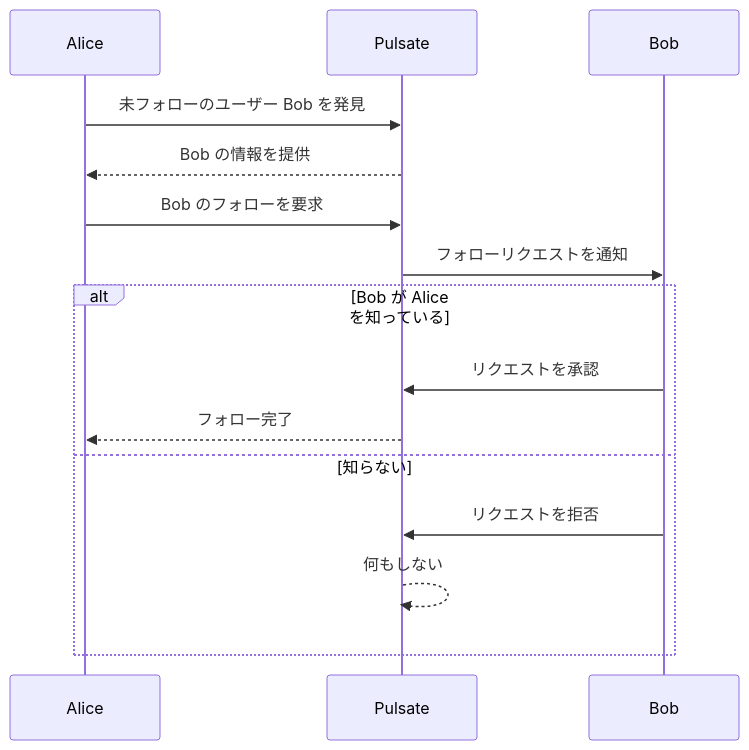
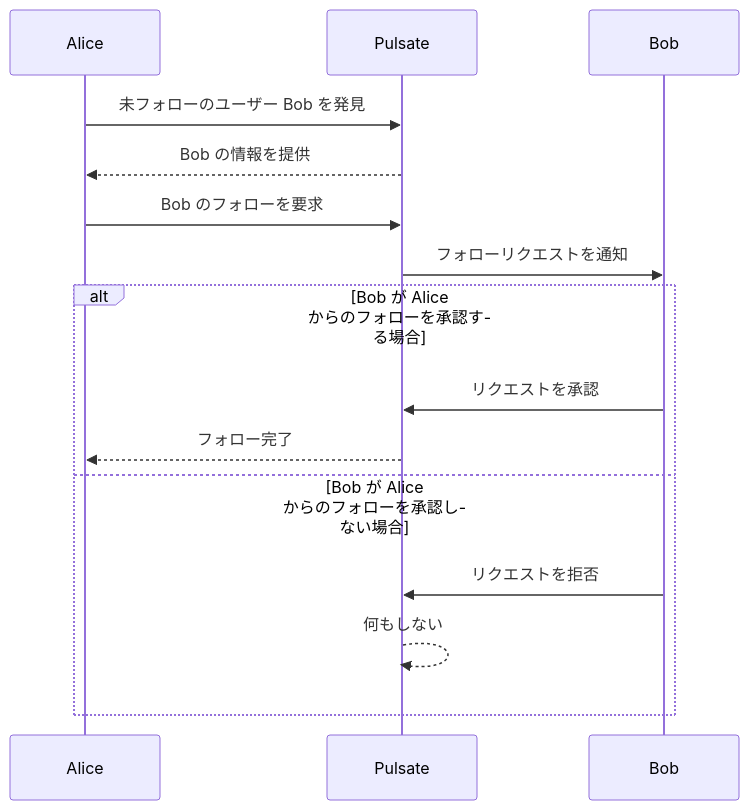
One commit to pulsate-dev/specification changed the second of 3 diagrams in src/user-story.md. Above: the diagram before and after it, drawn with Mermaid.

Commit message:
Improve text in diagram

````diff
--- a/src/user-story.md
+++ b/src/user-story.md
@@ -76,14 +76,14 @@
 ```mermaid
 sequenceDiagram
   Alice ->> Pulsate: 未フォローのユーザー Bob を発見
   Pulsate -->> Alice: Bob の情報を提供
   Alice ->> Pulsate: Bob のフォローを要求
   Pulsate ->> Bob: フォローリクエストを通知
-  alt Bob が Alice を知っている
+  alt Bob が Alice からのフォローを承認する場合
     Bob ->> Pulsate: リクエストを承認
     Pulsate -->> Alice: フォロー完了
-  else 知らない
+  else Bob が Alice からのフォローを承認しない場合
     Bob ->> Pulsate: リクエストを拒否
     Pulsate -->> Pulsate: 何もしない
   end
 ```
````
